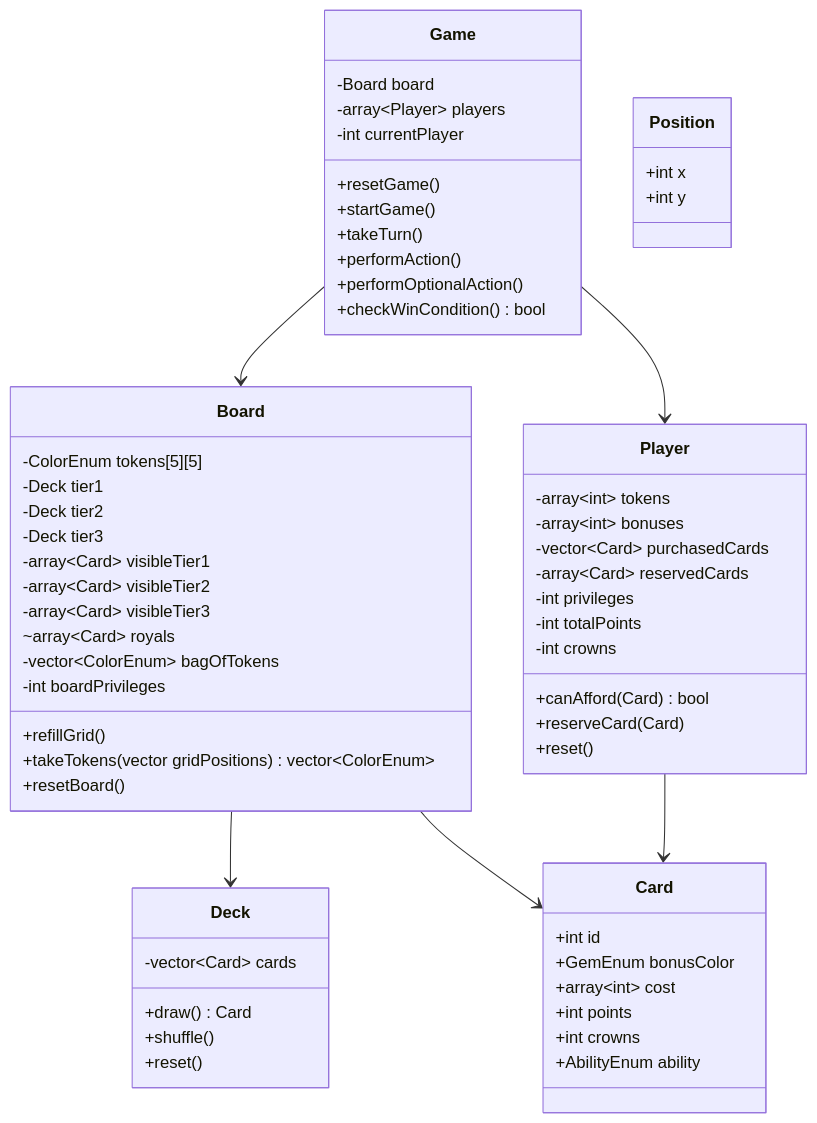
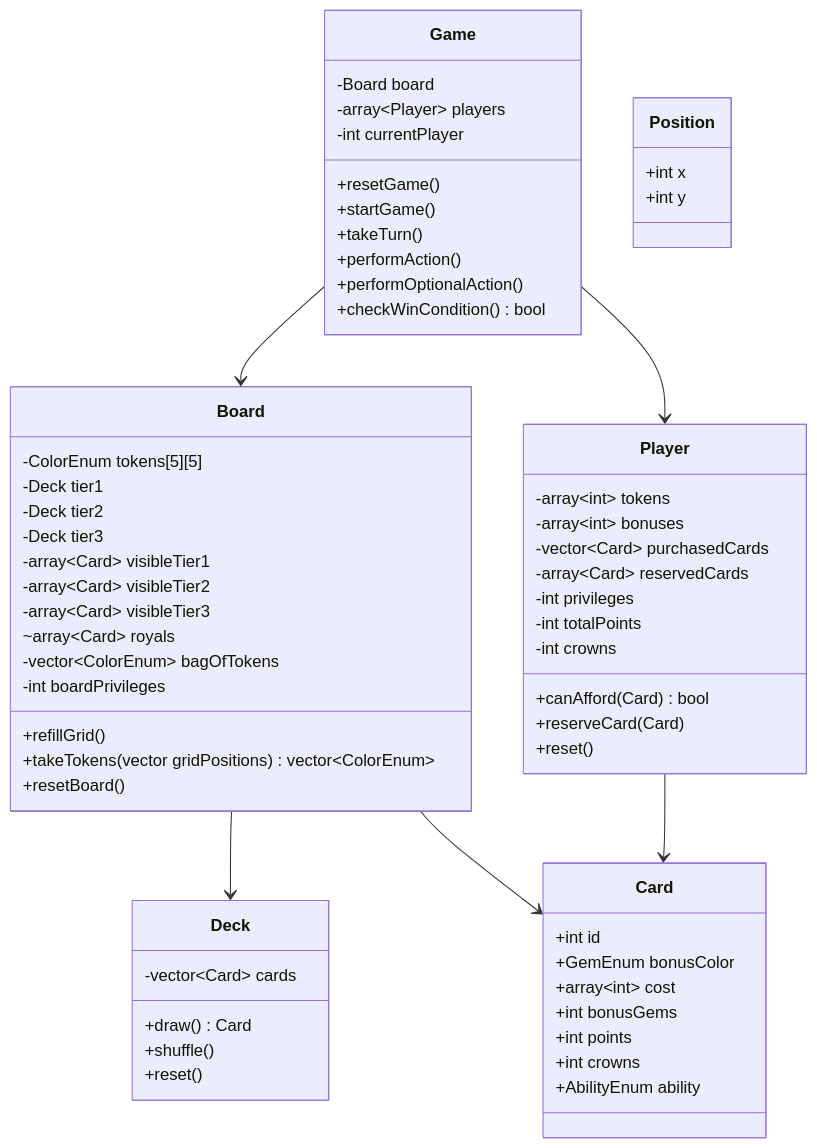
The diagram in docs/ClassDiagrams/ClassDiagram.mmd (josephc8464/SplendorDuel), drawn with Mermaid before and after one commit. The commit also changed 7 other files, not shown here.

```diff
--- a/docs/ClassDiagrams/ClassDiagram.mmd
+++ b/docs/ClassDiagrams/ClassDiagram.mmd
@@ -1,69 +1,70 @@
 classDiagram
 
 class Game {
     -Board board
     -array~Player~ players
     -int currentPlayer
     +resetGame()
     +startGame()
     +takeTurn()
     +performAction()
     +performOptionalAction()
     +checkWinCondition() bool
 }
 
 class Board {
     -ColorEnum tokens[5][5]
     -Deck tier1
     -Deck tier2
     -Deck tier3
     -array~Card~ visibleTier1
     -array~Card~ visibleTier2
     -array~Card~ visibleTier3
     ~array~Card~ royals
     -vector~ColorEnum~ bagOfTokens
     -int boardPrivileges
     +refillGrid()
     +takeTokens(vector<Position> gridPositions) vector~ColorEnum~
     +resetBoard()
 }
 
 class Player {
     -array~int~ tokens
     -array~int~ bonuses
     -vector~Card~ purchasedCards
     -array~Card~ reservedCards
     -int privileges
     -int totalPoints
     -int crowns
     +canAfford(Card) bool
     +reserveCard(Card)
     +reset()
 }
 
 class Deck {
     -vector~Card~ cards
     +draw() Card
     +shuffle()
     +reset()
 }
 
 class Card {
     +int id
     +GemEnum bonusColor
     +array~int~ cost
+    +int bonusGems
     +int points
     +int crowns
     +AbilityEnum ability
 }
 
 class Position {
     +int x
     +int y
 }
 
 Game --> Board
 Game --> Player
 Board --> Deck
 Board --> Card
 Player --> Card
```
